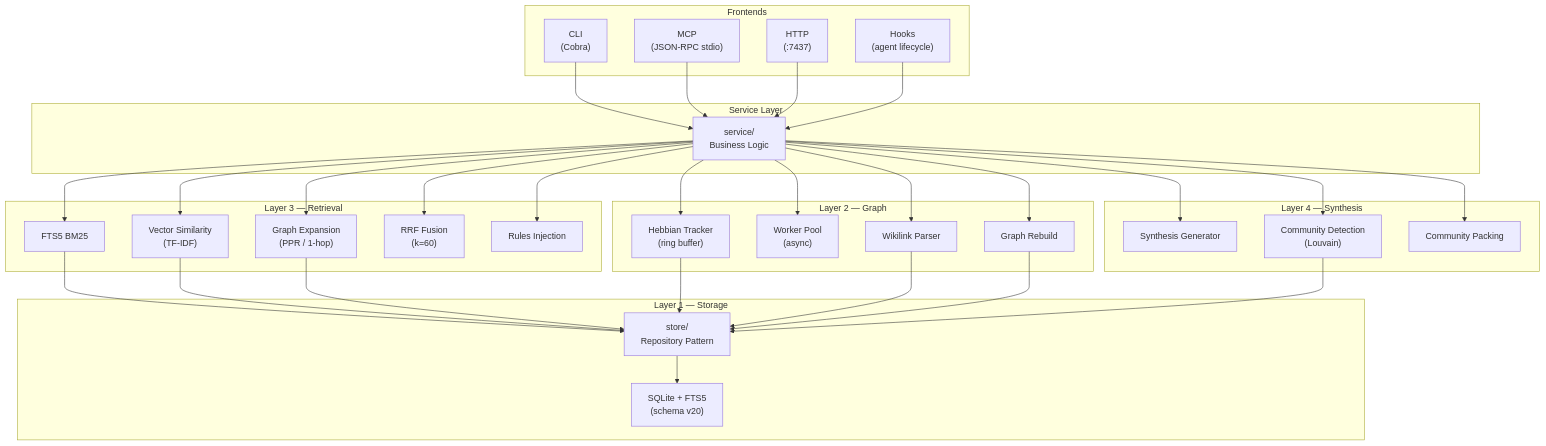
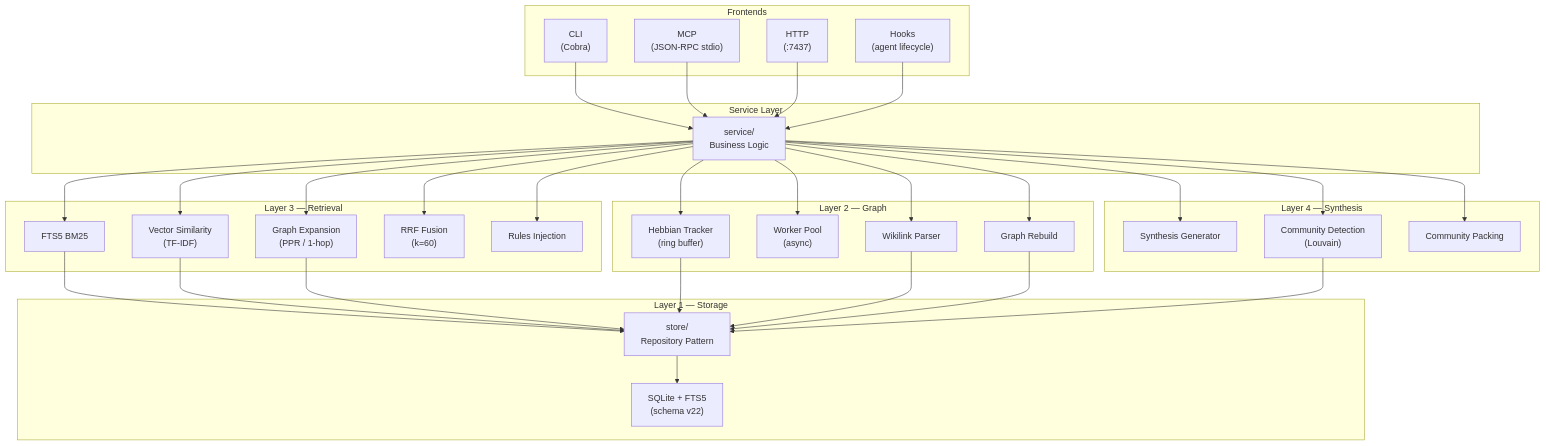
The first of 11 diagrams in docs/ARCHITECTURE.md (wirvii/mneme), drawn with Mermaid before and after one commit. The commit also changed other lines of this file and 18 other files, not shown here.

````diff
--- a/docs/ARCHITECTURE.md
+++ b/docs/ARCHITECTURE.md
@@ -47,69 +47,69 @@
 ```mermaid
 graph TB
     subgraph Frontends
         CLI["CLI<br/>(Cobra)"]
         MCP["MCP<br/>(JSON-RPC stdio)"]
         HTTP["HTTP<br/>(:7437)"]
         HOOKS["Hooks<br/>(agent lifecycle)"]
     end
 
     subgraph "Service Layer"
         SVC["service/<br/>Business Logic"]
     end
 
     subgraph "Layer 4 — Synthesis"
         SYNTH["Synthesis Generator"]
         COMM["Community Detection<br/>(Louvain)"]
         CPAK["Community Packing"]
     end
 
     subgraph "Layer 3 — Retrieval"
         FTS["FTS5 BM25"]
         VEC["Vector Similarity<br/>(TF-IDF)"]
         PPR["Graph Expansion<br/>(PPR / 1-hop)"]
         RRF["RRF Fusion<br/>(k=60)"]
         RULES["Rules Injection"]
     end
 
     subgraph "Layer 2 — Graph"
         HEBB["Hebbian Tracker<br/>(ring buffer)"]
         WORKER["Worker Pool<br/>(async)"]
         WLINK["Wikilink Parser"]
         RBLD["Graph Rebuild"]
     end
 
     subgraph "Layer 1 — Storage"
         STORE["store/<br/>Repository Pattern"]
-        DB["SQLite + FTS5<br/>(schema v20)"]
+        DB["SQLite + FTS5<br/>(schema v22)"]
     end
 
     CLI --> SVC
     MCP --> SVC
     HTTP --> SVC
     HOOKS --> SVC
 
     SVC --> SYNTH
     SVC --> COMM
     SVC --> CPAK
 
     SVC --> FTS
     SVC --> VEC
     SVC --> PPR
     SVC --> RRF
     SVC --> RULES
 
     SVC --> HEBB
     SVC --> WORKER
     SVC --> WLINK
     SVC --> RBLD
 
     FTS --> STORE
     VEC --> STORE
     PPR --> STORE
     HEBB --> STORE
     WLINK --> STORE
     RBLD --> STORE
     COMM --> STORE
 
     STORE --> DB
 ```
````
